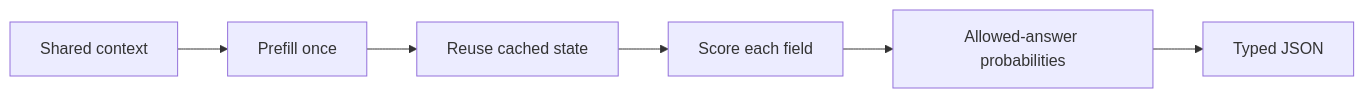
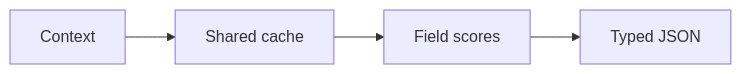
Before and after one commit to khalilelghoul01/decision-lab: the diagram in README.md, drawn with Mermaid.

Commit message:
Keep the overview diagram readable in narrow repository views

````diff
--- a/README.md
+++ b/README.md
@@ -20,8 +20,6 @@
 ```mermaid
 flowchart LR
-    A[Shared context] --> B[Prefill once]
-    B --> C[Reuse cached state]
-    C --> D[Score each field]
-    D --> E[Allowed-answer probabilities]
-    E --> F[Typed JSON]
+    A[Context] --> B[Shared cache]
+    B --> C[Field scores]
+    C --> D[Typed JSON]
 ```
````
